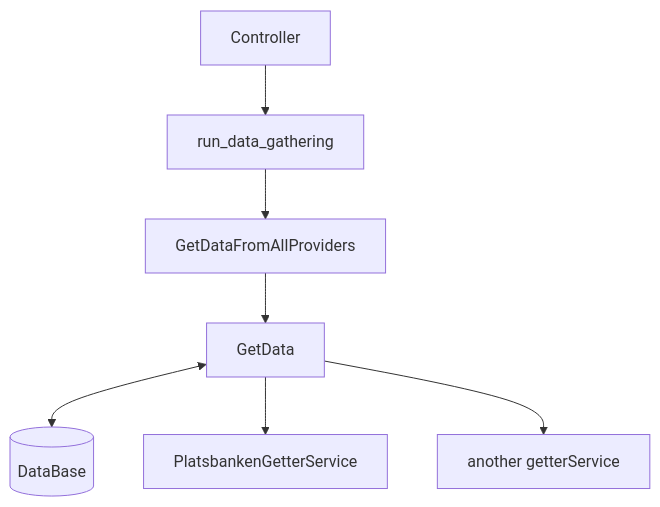
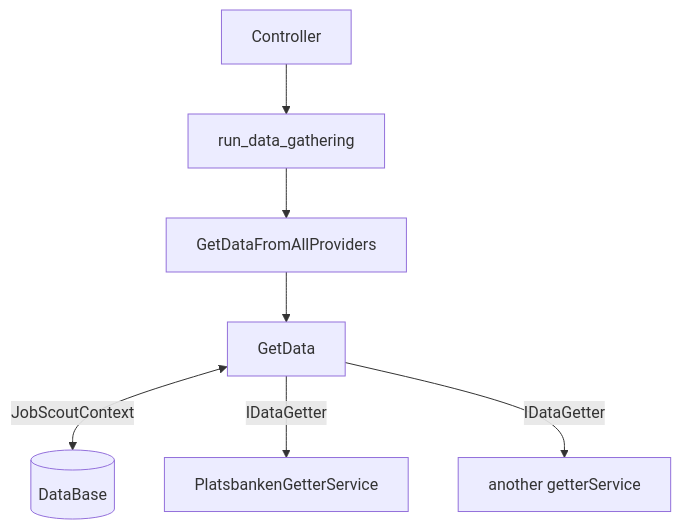
The diagram in README.md (Vellethe/LIA), drawn with Mermaid before and after one commit.

Commit message:
added som lables

````diff
--- a/README.md
+++ b/README.md
@@ -30,19 +30,18 @@
 ```mermaid
   flowchart TD;
     A[Controller]
     B[run_data_gathering]
     C[GetDataFromAllProviders]
     D[GetData]
     Provider1[PlatsbankenGetterService]
     Provider2[another getterService]
     DB[(DataBase)]
 
     A-->B;
     B-->C;
     C-->D;
 
-    D<-->DB
+    D <-- JobScoutContext --> DB
 
-    D-->Provider1
-    D-->Provider2
+    D -- "IDataGetter" -->Provider1 & Provider2
 ```
````
